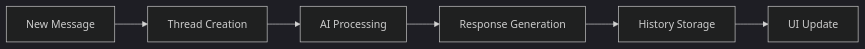
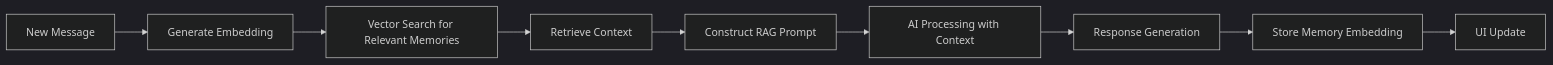
Before and after one commit to jaycodes2/NEXUS_AI: the second of 2 diagrams in README.md, drawn with Mermaid (dark theme). The commit also changed other lines of this file and 1 other file, not shown here.

````diff
--- a/README.md
+++ b/README.md
@@ -170,8 +197,11 @@
 ```mermaid
 graph LR
-    A[New Message] --> B[Thread Creation]
-    B --> C[AI Processing]
-    C --> D[Response Generation]
-    D --> E[History Storage]
-    E --> F[UI Update]
+    A[New Message] --> B[Generate Embedding]
+    B --> C[Vector Search for Relevant Memories]
+    C --> D[Retrieve Context]
+    D --> E[Construct RAG Prompt]
+    E --> F[AI Processing with Context]
+    F --> G[Response Generation]
+    G --> H[Store Memory Embedding]
+    H --> I[UI Update]
 ```
````
